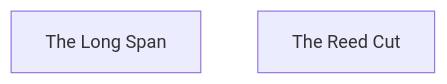
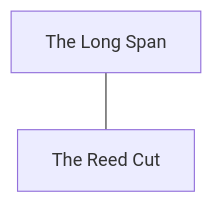
Before and after one commit to rstevenson1237/setting_builder: the diagram in build/diagrams/T3_R02.md, drawn with Mermaid. The commit also changed 145 other files, not shown here.

First line of the commit message:
Step 10: the location graph, sources and typed exits

````diff
--- a/build/diagrams/T3_R02.md
+++ b/build/diagrams/T3_R02.md
@@ -1,7 +1,8 @@
 ```mermaid
 flowchart TD
 %% Tier 3. Region R02: the region-level containers inside it, binary edges.
 %% Derived by tools/mermaid_gen.py. Do not edit.
     C_THE_LONG_SPAN["The Long Span"]
     C_THE_REED_CUT["The Reed Cut"]
+    C_THE_LONG_SPAN --- C_THE_REED_CUT
 ```
````
